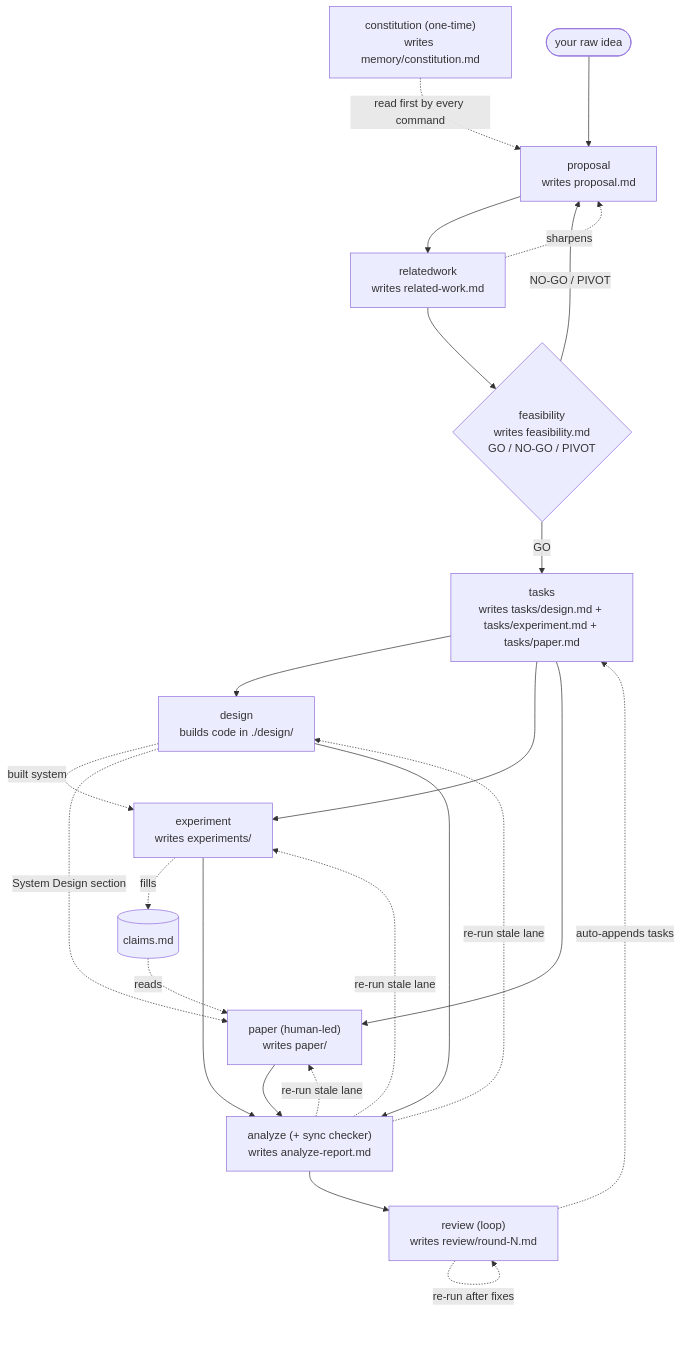
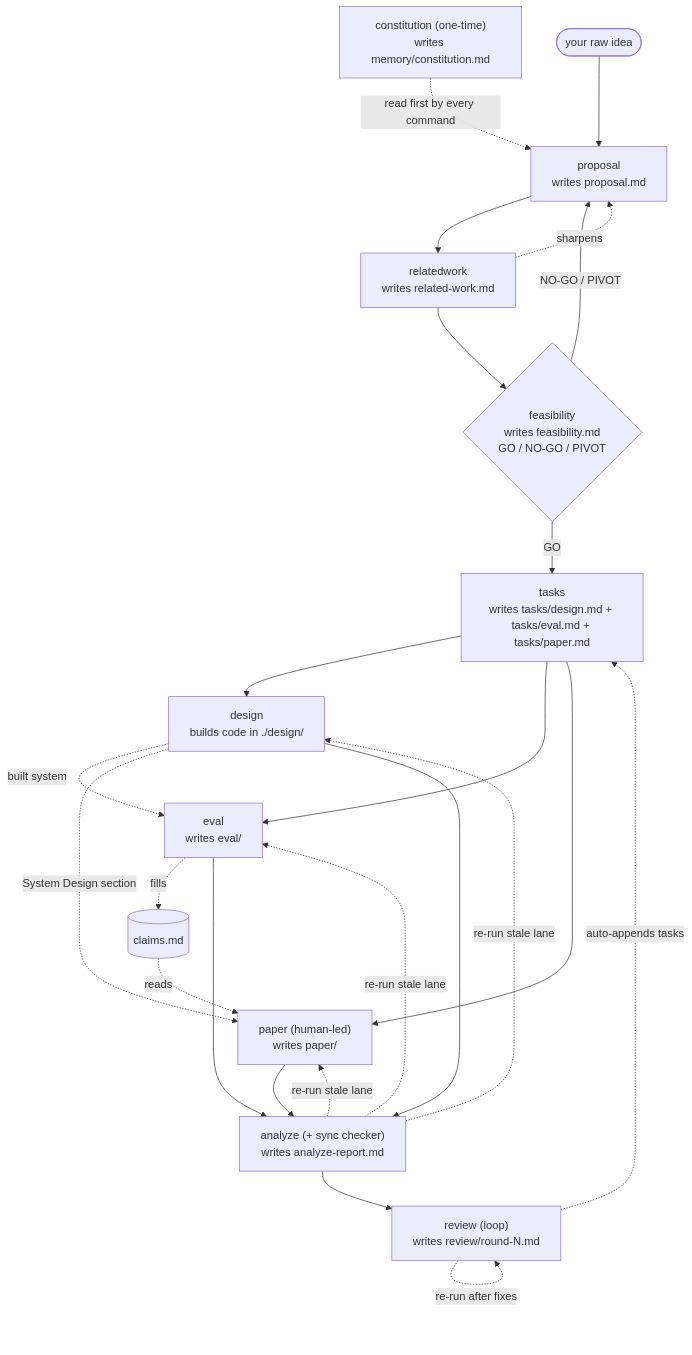
The diagram in docs/workflow.md (jiancui-research/research-kit), drawn with Mermaid before and after one commit. The commit also changed other lines of this file and 27 other files, not shown here.

First line of the commit message:
move phase work to root folders + rename the experiment lane to eval

````diff
--- a/docs/workflow.md
+++ b/docs/workflow.md
@@ -7,39 +7,39 @@
 ```mermaid
 flowchart TD
     C["constitution (one-time)<br/>writes memory/constitution.md"]
     I(["your raw idea"])
     P["proposal<br/>writes proposal.md"]
     RW["relatedwork<br/>writes related-work.md"]
     F{"feasibility<br/>writes feasibility.md<br/>GO / NO-GO / PIVOT"}
-    T["tasks<br/>writes tasks/design.md + tasks/experiment.md + tasks/paper.md"]
+    T["tasks<br/>writes tasks/design.md + tasks/eval.md + tasks/paper.md"]
     D["design<br/>builds code in ./design/"]
-    E["experiment<br/>writes experiments/"]
+    E["eval<br/>writes eval/"]
     PA["paper (human-led)<br/>writes paper/"]
     AN["analyze (+ sync checker)<br/>writes analyze-report.md"]
     RV["review (loop)<br/>writes review/round-N.md"]
     CL[("claims.md")]
 
     C -.->|"read first by every command"| P
     I --> P
     P --> RW
     RW --> F
     RW -.->|"sharpens"| P
     F -->|"GO"| T
     F -->|"NO-GO / PIVOT"| P
     T --> D
     T --> E
     T --> PA
     D -.->|"built system"| E
     D -.->|"System Design section"| PA
     E -.->|"fills"| CL
     CL -.->|"reads"| PA
     D --> AN
     E --> AN
     PA --> AN
     AN -.->|"re-run stale lane"| D
     AN -.->|"re-run stale lane"| E
     AN -.->|"re-run stale lane"| PA
     AN --> RV
     RV -.->|"auto-appends tasks"| T
     RV -.->|"re-run after fixes"| RV
 ```
````
